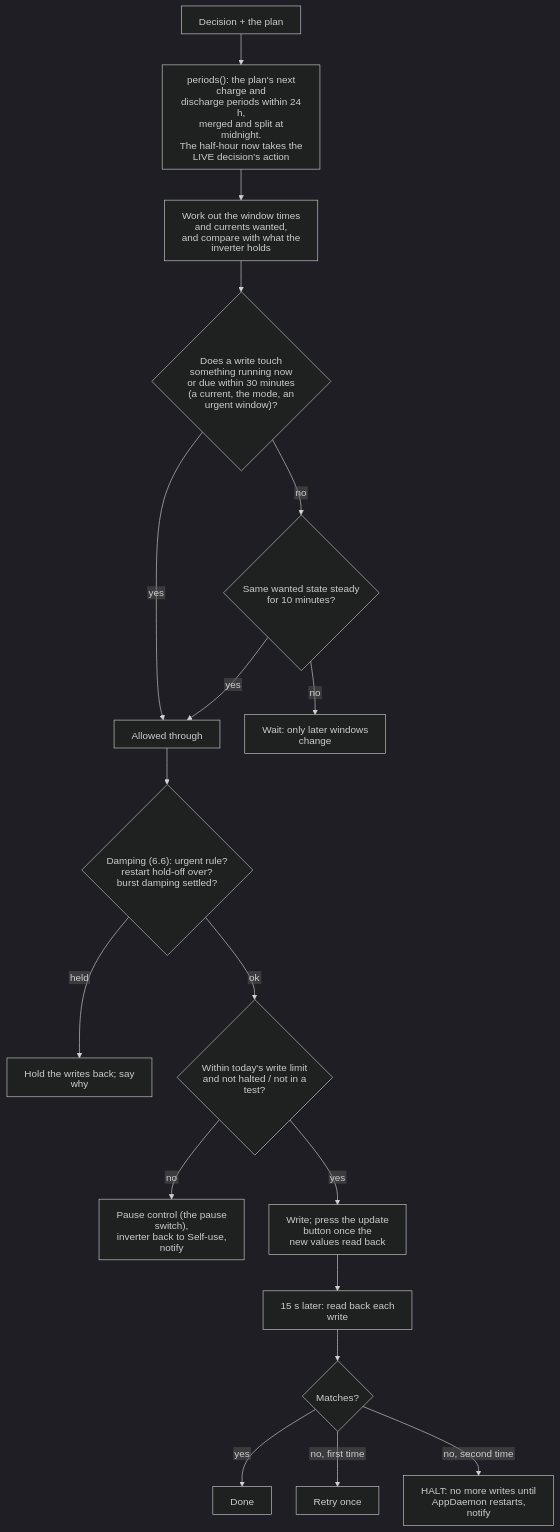
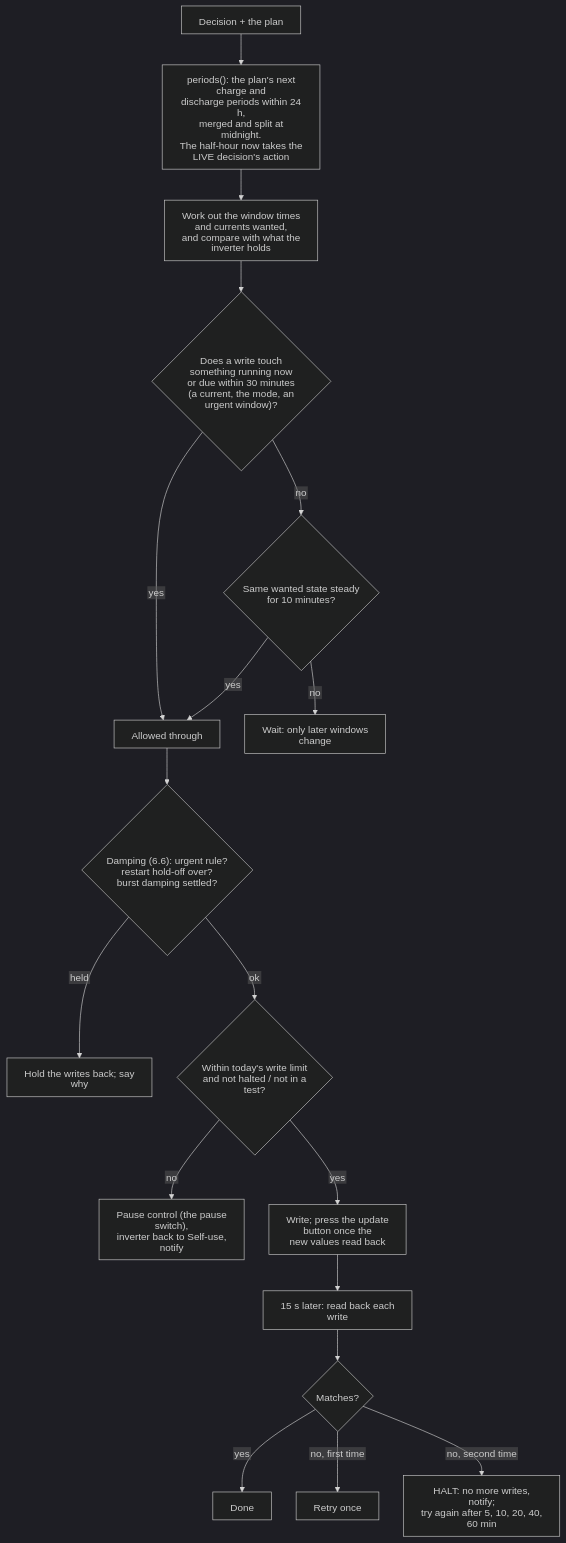
The second of 4 diagrams in docs/logic/06-to-inverter.md (durkimat/ha-powerengine-controller), drawn with Mermaid (dark theme) before and after one commit. The commit also changed other lines of this file and 13 other files, not shown here.

````diff
--- a/docs/logic/06-to-inverter.md
+++ b/docs/logic/06-to-inverter.md
@@ -60,21 +60,21 @@
 ```mermaid
 %%{init: {"htmlLabels": false, "flowchart": {"htmlLabels": false, "padding": 14, "nodeSpacing": 40, "rankSpacing": 50, "useMaxWidth": false}, "sequence": {"wrap": true, "useMaxWidth": false}}}%%
 flowchart TD
     D["Decision + the plan"] --> P["periods(): the plan's next charge and<br/>discharge periods within 24 h,<br/>merged and split at midnight.<br/>The half-hour now takes the LIVE decision's action"]
     P --> W["Work out the window times and currents wanted,<br/>and compare with what the inverter holds"]
     W --> U{"Does a write touch something running now<br/>or due within 30 minutes<br/>(a current, the mode, an urgent window)?"}
     U -- yes --> X["Allowed through"]
     U -- no --> Y{"Same wanted state steady for 10 minutes?"}
     Y -- no --> Z["Wait: only later windows change"]
     Y -- yes --> X
     X --> DM{"Damping (6.6): urgent rule?<br/>restart hold-off over?<br/>burst damping settled?"}
     DM -- held --> HL["Hold the writes back; say why"]
     DM -- ok --> WL{"Within today's write limit<br/>and not halted / not in a test?"}
     WL -- no --> PA["Pause control (the pause switch),<br/>inverter back to Self-use, notify"]
     WL -- yes --> WR["Write; press the update button once the<br/>new values read back"]
     WR --> VR["15 s later: read back each write"]
     VR --> OK{"Matches?"}
     OK -- yes --> DONE["Done"]
     OK -- "no, first time" --> RT["Retry once"]
-    OK -- "no, second time" --> HALT["HALT: no more writes until AppDaemon restarts,<br/>notify"]
+    OK -- "no, second time" --> HALT["HALT: no more writes, notify;<br/>try again after 5, 10, 20, 40, 60 min"]
 ```
````
